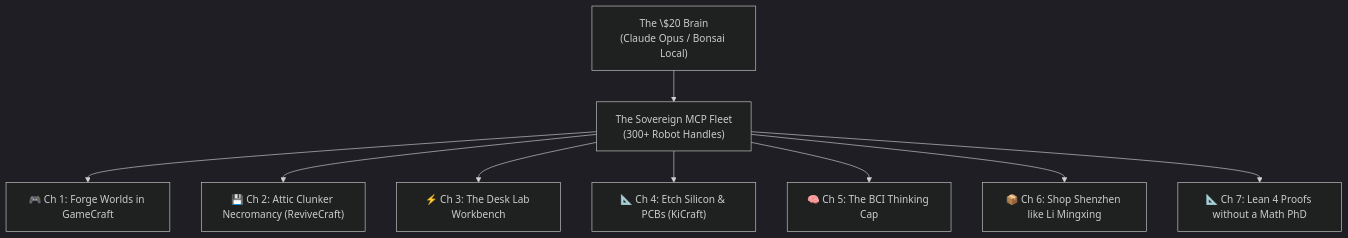
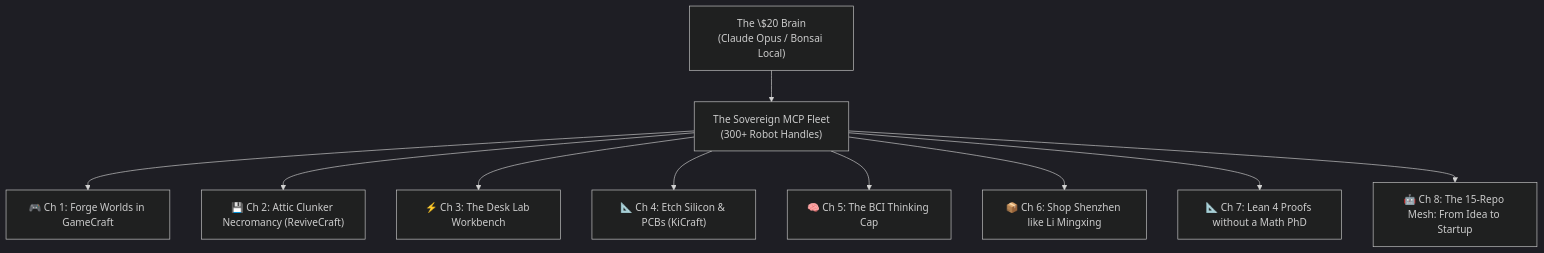
The diagram in docs/YOUNG_DEVS_ILLUSTRATED_PRIMER.md (sandraschi/documentation-mcp), drawn with Mermaid (dark theme) before and after one commit. The commit also changed other lines of this file and 1 other file, not shown here.

Commit message:
docs: add Chapter 8 (The 15-Repo Mesh: From Brain-Spark to Hardware Startup) to primer

````diff
--- a/docs/YOUNG_DEVS_ILLUSTRATED_PRIMER.md
+++ b/docs/YOUNG_DEVS_ILLUSTRATED_PRIMER.md
@@ -8,15 +8,16 @@
 ```mermaid
 flowchart TD
   Brain["The \$20 Brain<br/>(Claude Opus / Bonsai Local)"]
   Fleet["The Sovereign MCP Fleet<br/>(300+ Robot Handles)"]
   
   Brain --> Fleet
   
   Fleet --> C1["🎮 Ch 1: Forge Worlds in GameCraft"]
   Fleet --> C2["💾 Ch 2: Attic Clunker Necromancy (ReviveCraft)"]
   Fleet --> C3["⚡ Ch 3: The Desk Lab Workbench"]
   Fleet --> C4["📐 Ch 4: Etch Silicon & PCBs (KiCraft)"]
   Fleet --> C5["🧠 Ch 5: The BCI Thinking Cap"]
   Fleet --> C6["📦 Ch 6: Shop Shenzhen like Li Mingxing"]
   Fleet --> C7["📐 Ch 7: Lean 4 Proofs without a Math PhD"]
+  Fleet --> C8["🤖 Ch 8: The 15-Repo Mesh: From Idea to Startup"]
 ```
````
